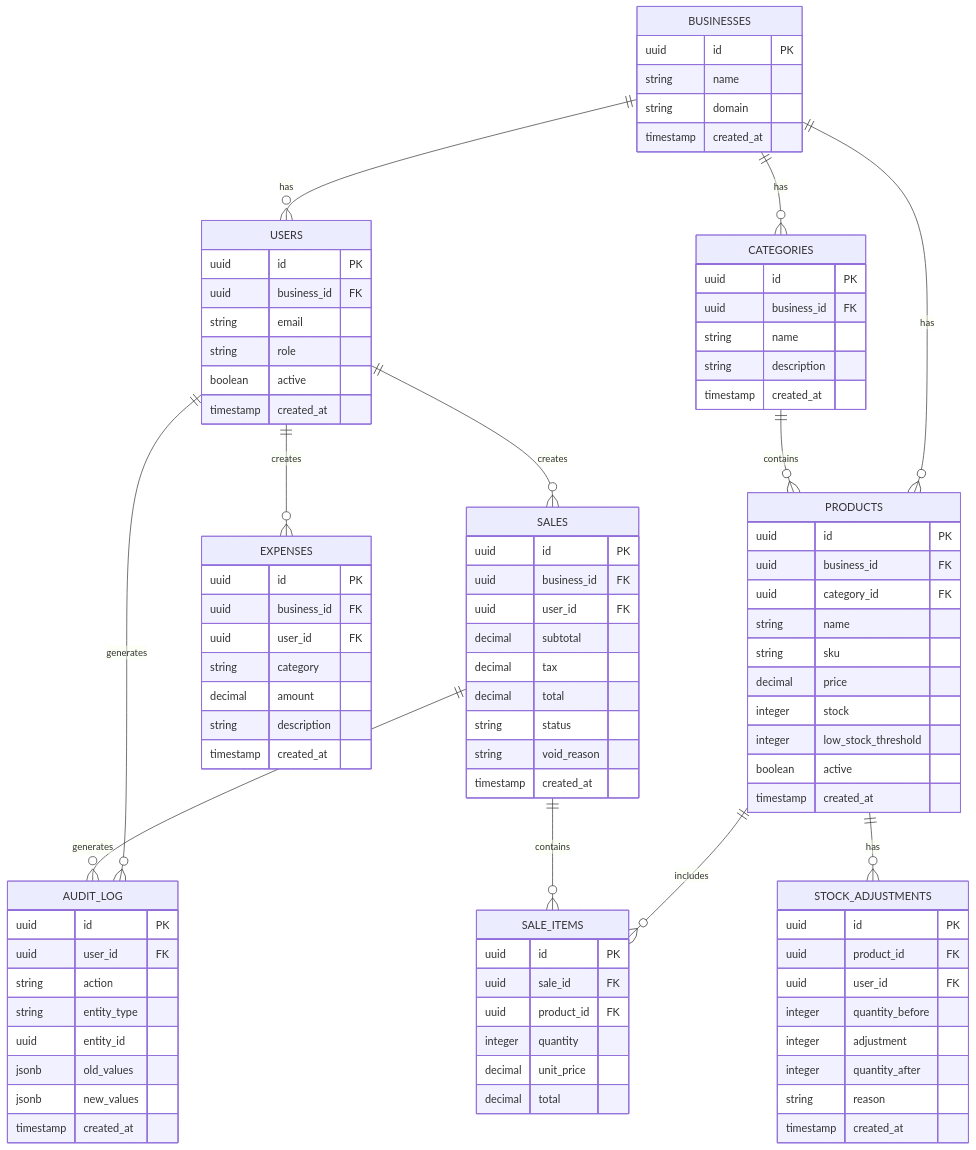
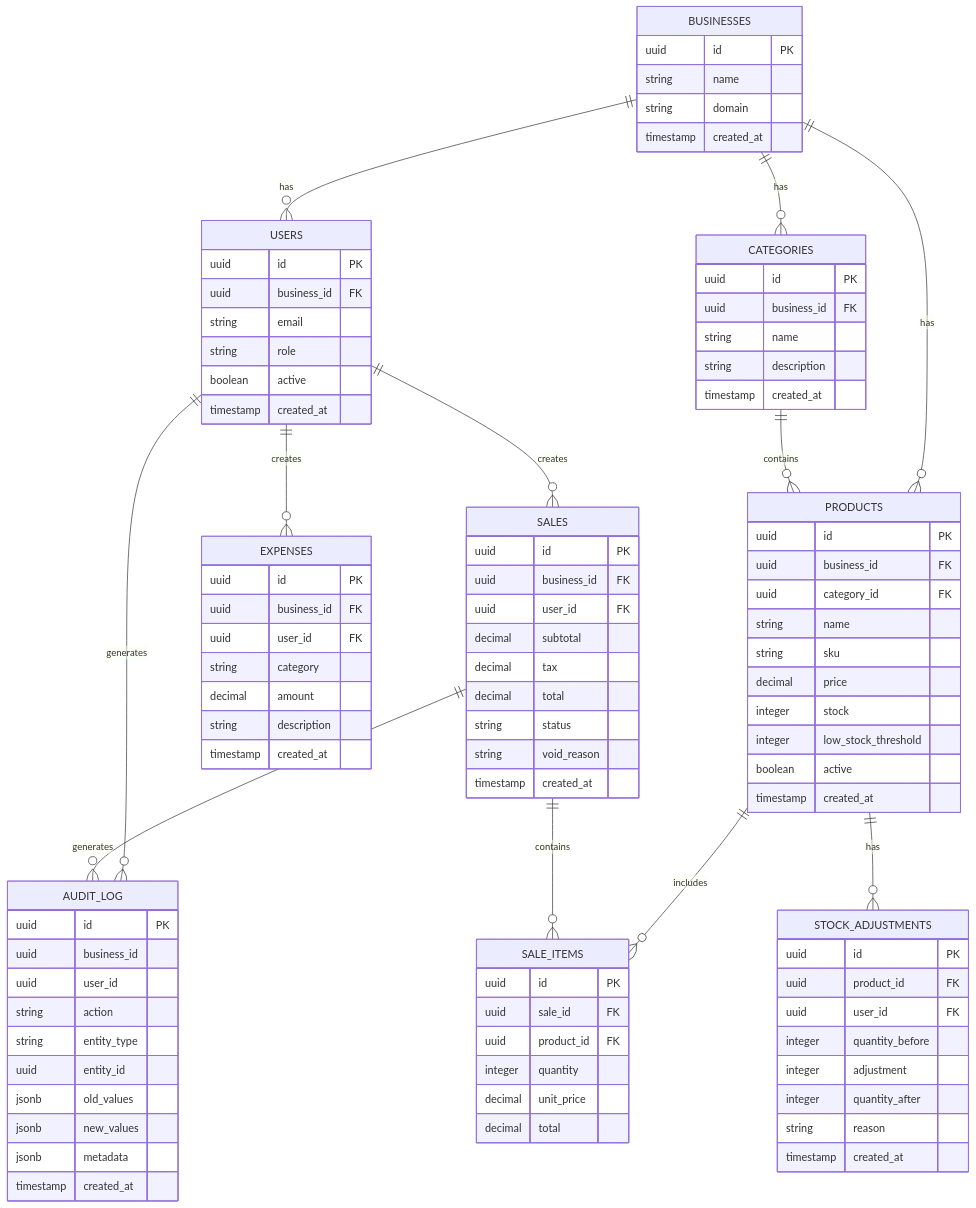
One commit to Mangolabs-Nic/mangopos changed the diagram in apps/rebuild-docs/docs/operations/database.md. Above: the diagram before and after it, drawn with Mermaid. The commit also changed other lines of this file and 26 other files, not shown here.

````diff
--- a/apps/rebuild-docs/docs/operations/database.md
+++ b/apps/rebuild-docs/docs/operations/database.md
@@ -101,12 +101,14 @@
 
     AUDIT_LOG {
         uuid id PK
-        uuid user_id FK
+        uuid business_id
+        uuid user_id
         string action
         string entity_type
         uuid entity_id
         jsonb old_values
         jsonb new_values
+        jsonb metadata
         timestamp created_at
     }
 ```
````
